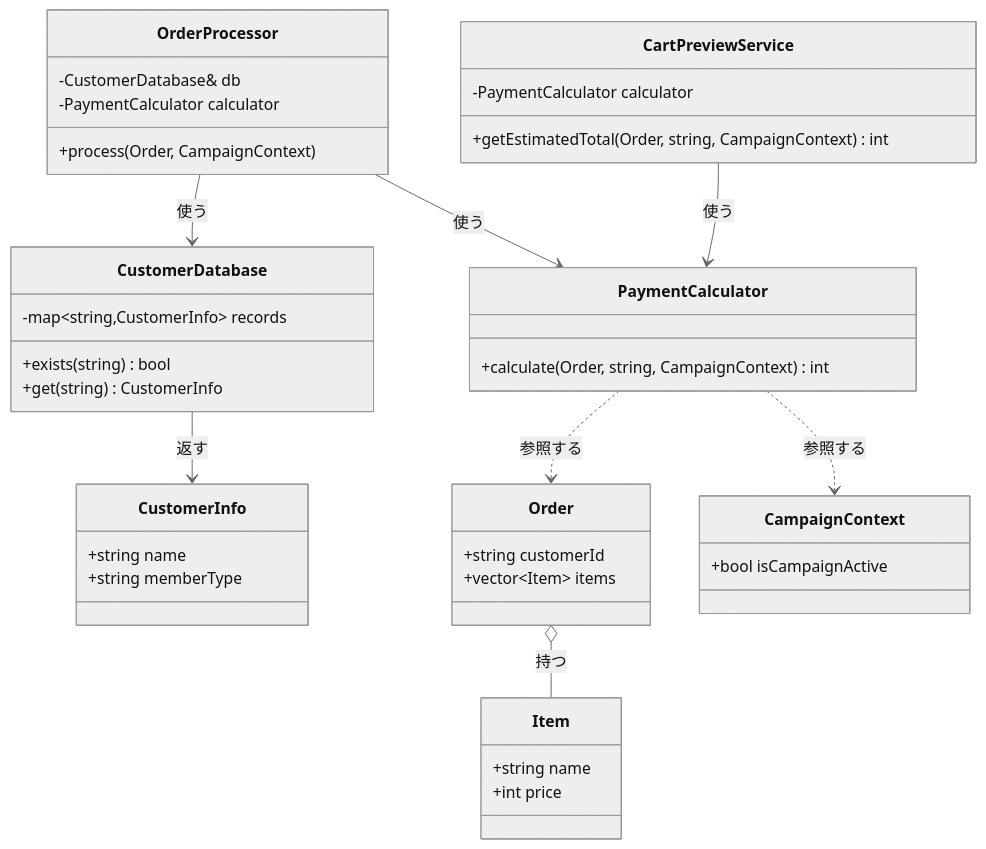
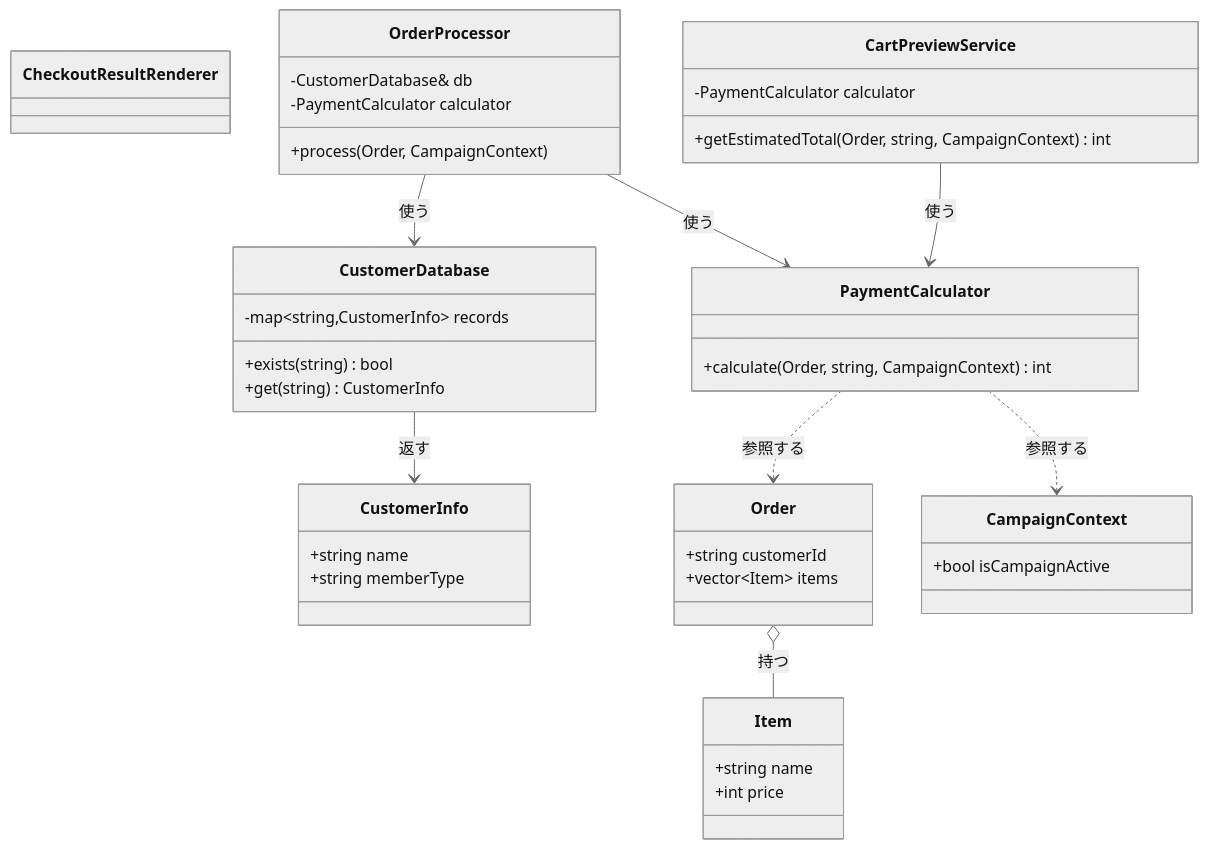
The second of 11 diagrams in kindle/design-patterns/output/chapter01.md (kumachan1101-pixel/DesignPattern), drawn with Mermaid (neutral theme) before and after one commit. The commit also changed other lines of this file and 19 other files, not shown here.

````diff
--- a/kindle/design-patterns/output/chapter01.md
+++ b/kindle/design-patterns/output/chapter01.md
@@ -159,43 +159,44 @@
 ```mermaid
 classDiagram
+    class CheckoutResultRenderer
     class CustomerDatabase {
         -map~string,CustomerInfo~ records
         +exists(string) bool
         +get(string) CustomerInfo
     }
     class CustomerInfo {
         +string name
         +string memberType
     }
     class OrderProcessor {
         -CustomerDatabase& db
         -PaymentCalculator calculator
         +process(Order, CampaignContext)
     }
     class PaymentCalculator {
         +calculate(Order, string, CampaignContext) int
     }
     class CartPreviewService {
         -PaymentCalculator calculator
         +getEstimatedTotal(Order, string, CampaignContext) int
     }
     class Order {
         +string customerId
         +vector~Item~ items
     }
     class Item {
         +string name
         +int price
     }
     class CampaignContext {
         +bool isCampaignActive
     }
 
     OrderProcessor --> CustomerDatabase : 使う
     OrderProcessor --> PaymentCalculator : 使う
     CustomerDatabase --> CustomerInfo : 返す
     CartPreviewService --> PaymentCalculator : 使う
     PaymentCalculator ..> Order : 参照する
     PaymentCalculator ..> CampaignContext : 参照する
     Order o-- Item : 持つ
 ```
````
